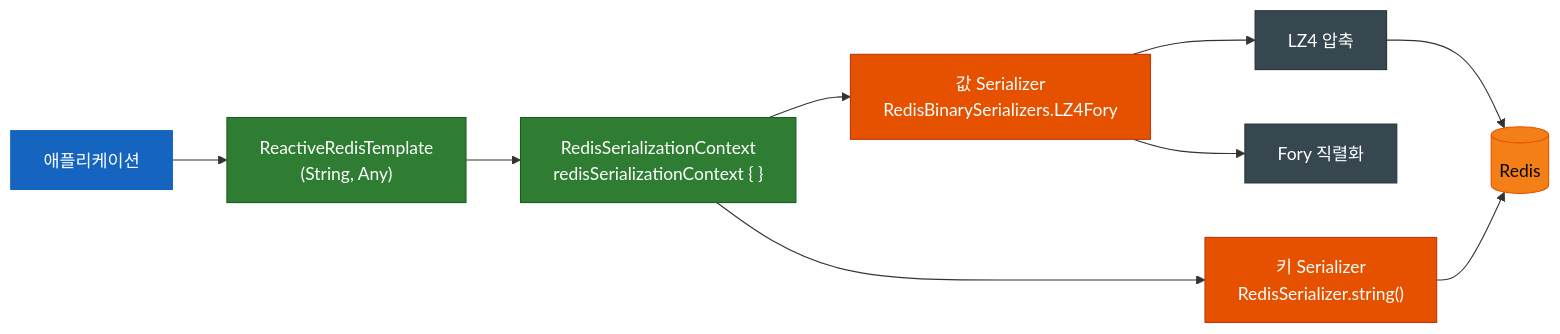
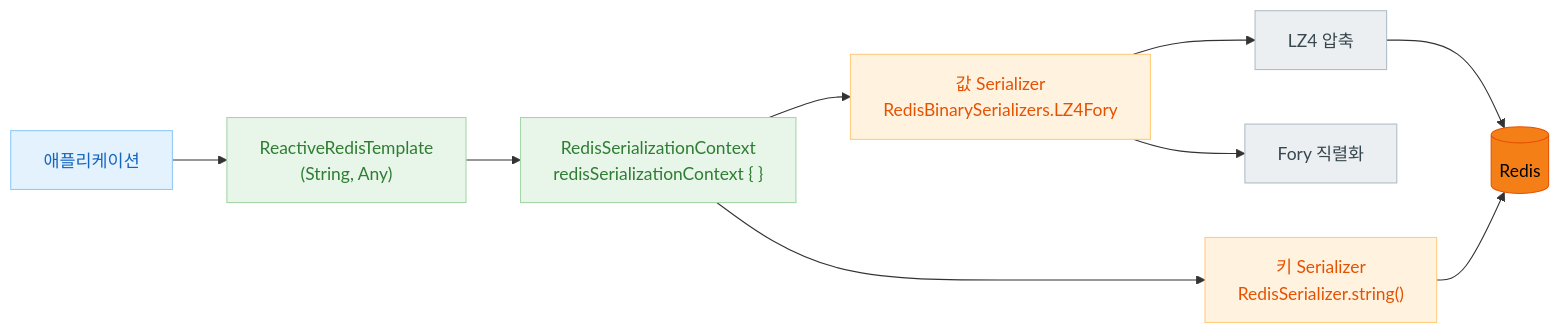
The second of 2 diagrams in spring-boot3/redis/README.ko.md (bluetape4k/bluetape4k-projects), drawn with Mermaid before and after one commit. The commit also changed other lines of this file and 219 other files, not shown here.

First line of the commit message:
docs: 전체 README Mermaid 다이어그램 가이드 적용

````diff
--- a/spring-boot3/redis/README.ko.md
+++ b/spring-boot3/redis/README.ko.md
@@ -160,26 +160,26 @@
 ```mermaid
 flowchart LR
     App["애플리케이션"] --> Template["ReactiveRedisTemplate<br/>(String, Any)"]
     Template --> Context["RedisSerializationContext<br/>redisSerializationContext { }"]
     Context --> KeySer["키 Serializer<br/>RedisSerializer.string()"]
     Context --> ValSer["값 Serializer<br/>RedisBinarySerializers.LZ4Fory"]
     ValSer --> Fory["Fory 직렬화"]
     ValSer --> LZ4["LZ4 압축"]
     LZ4 --> Redis[("Redis")]
     KeySer --> Redis
 
-    classDef serviceStyle fill:#1565C0,stroke:#1565C0,color:#FFFFFF
-    classDef springStyle fill:#2E7D32,stroke:#1B5E20,color:#FFFFFF
-    classDef utilStyle fill:#E65100,stroke:#BF360C,color:#FFFFFF
-    classDef extStyle fill:#37474F,stroke:#263238,color:#FFFFFF
+    classDef serviceStyle fill:#E3F2FD,stroke:#90CAF9,color:#1565C0
+    classDef springStyle fill:#E8F5E9,stroke:#A5D6A7,color:#2E7D32
+    classDef utilStyle fill:#FFF3E0,stroke:#FFCC80,color:#E65100
+    classDef extStyle fill:#ECEFF1,stroke:#B0BEC5,color:#37474F
     classDef dataStyle fill:#F57F17,stroke:#E65100,color:#000000
 
     class App serviceStyle
     class Template springStyle
     class Context springStyle
     class KeySer utilStyle
     class ValSer utilStyle
     class Fory extStyle
     class LZ4 extStyle
     class Redis dataStyle
 ```
````
